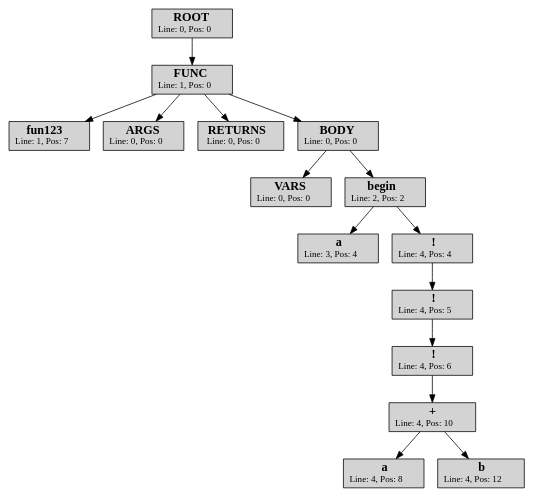
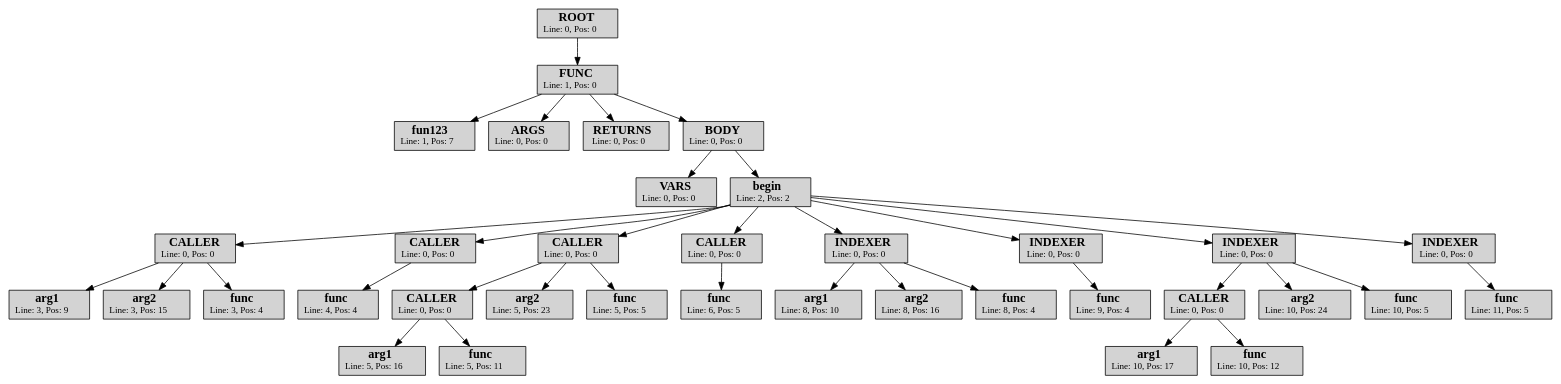
Before and after one commit to klephron/itmo: the diagram in Year-5/System-software/lab-1/io/output.dot, drawn with Graphviz. The commit also changed 3 other files, not shown here.

```diff
--- a/Year-5/System-software/lab-1/io/output.dot
+++ b/Year-5/System-software/lab-1/io/output.dot
@@ -1,32 +1,74 @@
 strict digraph AST{
 node [shape=rect, style=filled]
 id_1[label=< <FONT POINT-SIZE="16"><b>ROOT</b></FONT><br/><FONT POINT-SIZE="12">Line: 0, Pos: 0</FONT> >]
 id_2[label=< <FONT POINT-SIZE="16"><b>FUNC</b></FONT><br/><FONT POINT-SIZE="12">Line: 1, Pos: 0</FONT> >]
 id_3[label=< <FONT POINT-SIZE="16"><b>fun123</b></FONT><br/><FONT POINT-SIZE="12">Line: 1, Pos: 7</FONT> >]
 id_4[label=< <FONT POINT-SIZE="16"><b>ARGS</b></FONT><br/><FONT POINT-SIZE="12">Line: 0, Pos: 0</FONT> >]
 id_5[label=< <FONT POINT-SIZE="16"><b>RETURNS</b></FONT><br/><FONT POINT-SIZE="12">Line: 0, Pos: 0</FONT> >]
 id_6[label=< <FONT POINT-SIZE="16"><b>BODY</b></FONT><br/><FONT POINT-SIZE="12">Line: 0, Pos: 0</FONT> >]
 id_7[label=< <FONT POINT-SIZE="16"><b>VARS</b></FONT><br/><FONT POINT-SIZE="12">Line: 0, Pos: 0</FONT> >]
 id_8[label=< <FONT POINT-SIZE="16"><b>begin</b></FONT><br/><FONT POINT-SIZE="12">Line: 2, Pos: 2</FONT> >]
-id_9[label=< <FONT POINT-SIZE="16"><b>a</b></FONT><br/><FONT POINT-SIZE="12">Line: 3, Pos: 4</FONT> >]
-id_10[label=< <FONT POINT-SIZE="16"><b>!</b></FONT><br/><FONT POINT-SIZE="12">Line: 4, Pos: 4</FONT> >]
-id_11[label=< <FONT POINT-SIZE="16"><b>!</b></FONT><br/><FONT POINT-SIZE="12">Line: 4, Pos: 5</FONT> >]
-id_12[label=< <FONT POINT-SIZE="16"><b>!</b></FONT><br/><FONT POINT-SIZE="12">Line: 4, Pos: 6</FONT> >]
-id_13[label=< <FONT POINT-SIZE="16"><b>+</b></FONT><br/><FONT POINT-SIZE="12">Line: 4, Pos: 10</FONT> >]
-id_14[label=< <FONT POINT-SIZE="16"><b>a</b></FONT><br/><FONT POINT-SIZE="12">Line: 4, Pos: 8</FONT> >]
-id_15[label=< <FONT POINT-SIZE="16"><b>b</b></FONT><br/><FONT POINT-SIZE="12">Line: 4, Pos: 12</FONT> >]
+id_9[label=< <FONT POINT-SIZE="16"><b>CALLER</b></FONT><br/><FONT POINT-SIZE="12">Line: 0, Pos: 0</FONT> >]
+id_10[label=< <FONT POINT-SIZE="16"><b>arg1</b></FONT><br/><FONT POINT-SIZE="12">Line: 3, Pos: 9</FONT> >]
+id_11[label=< <FONT POINT-SIZE="16"><b>arg2</b></FONT><br/><FONT POINT-SIZE="12">Line: 3, Pos: 15</FONT> >]
+id_12[label=< <FONT POINT-SIZE="16"><b>func</b></FONT><br/><FONT POINT-SIZE="12">Line: 3, Pos: 4</FONT> >]
+id_13[label=< <FONT POINT-SIZE="16"><b>CALLER</b></FONT><br/><FONT POINT-SIZE="12">Line: 0, Pos: 0</FONT> >]
+id_14[label=< <FONT POINT-SIZE="16"><b>func</b></FONT><br/><FONT POINT-SIZE="12">Line: 4, Pos: 4</FONT> >]
+id_15[label=< <FONT POINT-SIZE="16"><b>CALLER</b></FONT><br/><FONT POINT-SIZE="12">Line: 0, Pos: 0</FONT> >]
+id_16[label=< <FONT POINT-SIZE="16"><b>CALLER</b></FONT><br/><FONT POINT-SIZE="12">Line: 0, Pos: 0</FONT> >]
+id_17[label=< <FONT POINT-SIZE="16"><b>arg1</b></FONT><br/><FONT POINT-SIZE="12">Line: 5, Pos: 16</FONT> >]
+id_18[label=< <FONT POINT-SIZE="16"><b>func</b></FONT><br/><FONT POINT-SIZE="12">Line: 5, Pos: 11</FONT> >]
+id_19[label=< <FONT POINT-SIZE="16"><b>arg2</b></FONT><br/><FONT POINT-SIZE="12">Line: 5, Pos: 23</FONT> >]
+id_20[label=< <FONT POINT-SIZE="16"><b>func</b></FONT><br/><FONT POINT-SIZE="12">Line: 5, Pos: 5</FONT> >]
+id_21[label=< <FONT POINT-SIZE="16"><b>CALLER</b></FONT><br/><FONT POINT-SIZE="12">Line: 0, Pos: 0</FONT> >]
+id_22[label=< <FONT POINT-SIZE="16"><b>func</b></FONT><br/><FONT POINT-SIZE="12">Line: 6, Pos: 5</FONT> >]
+id_23[label=< <FONT POINT-SIZE="16"><b>INDEXER</b></FONT><br/><FONT POINT-SIZE="12">Line: 0, Pos: 0</FONT> >]
+id_24[label=< <FONT POINT-SIZE="16"><b>arg1</b></FONT><br/><FONT POINT-SIZE="12">Line: 8, Pos: 10</FONT> >]
+id_25[label=< <FONT POINT-SIZE="16"><b>arg2</b></FONT><br/><FONT POINT-SIZE="12">Line: 8, Pos: 16</FONT> >]
+id_26[label=< <FONT POINT-SIZE="16"><b>func</b></FONT><br/><FONT POINT-SIZE="12">Line: 8, Pos: 4</FONT> >]
+id_27[label=< <FONT POINT-SIZE="16"><b>INDEXER</b></FONT><br/><FONT POINT-SIZE="12">Line: 0, Pos: 0</FONT> >]
+id_28[label=< <FONT POINT-SIZE="16"><b>func</b></FONT><br/><FONT POINT-SIZE="12">Line: 9, Pos: 4</FONT> >]
+id_29[label=< <FONT POINT-SIZE="16"><b>INDEXER</b></FONT><br/><FONT POINT-SIZE="12">Line: 0, Pos: 0</FONT> >]
+id_30[label=< <FONT POINT-SIZE="16"><b>CALLER</b></FONT><br/><FONT POINT-SIZE="12">Line: 0, Pos: 0</FONT> >]
+id_31[label=< <FONT POINT-SIZE="16"><b>arg1</b></FONT><br/><FONT POINT-SIZE="12">Line: 10, Pos: 17</FONT> >]
+id_32[label=< <FONT POINT-SIZE="16"><b>func</b></FONT><br/><FONT POINT-SIZE="12">Line: 10, Pos: 12</FONT> >]
+id_33[label=< <FONT POINT-SIZE="16"><b>arg2</b></FONT><br/><FONT POINT-SIZE="12">Line: 10, Pos: 24</FONT> >]
+id_34[label=< <FONT POINT-SIZE="16"><b>func</b></FONT><br/><FONT POINT-SIZE="12">Line: 10, Pos: 5</FONT> >]
+id_35[label=< <FONT POINT-SIZE="16"><b>INDEXER</b></FONT><br/><FONT POINT-SIZE="12">Line: 0, Pos: 0</FONT> >]
+id_36[label=< <FONT POINT-SIZE="16"><b>func</b></FONT><br/><FONT POINT-SIZE="12">Line: 11, Pos: 5</FONT> >]
 id_2 -> id_3
 id_2 -> id_4
 id_2 -> id_5
 id_6 -> id_7
+id_9 -> id_10
+id_9 -> id_11
+id_9 -> id_12
 id_8 -> id_9
 id_13 -> id_14
-id_13 -> id_15
-id_12 -> id_13
-id_11 -> id_12
-id_10 -> id_11
-id_8 -> id_10
+id_8 -> id_13
+id_16 -> id_17
+id_16 -> id_18
+id_15 -> id_16
+id_15 -> id_19
+id_15 -> id_20
+id_8 -> id_15
+id_21 -> id_22
+id_8 -> id_21
+id_23 -> id_24
+id_23 -> id_25
+id_23 -> id_26
+id_8 -> id_23
+id_27 -> id_28
+id_8 -> id_27
+id_30 -> id_31
+id_30 -> id_32
+id_29 -> id_30
+id_29 -> id_33
+id_29 -> id_34
+id_8 -> id_29
+id_35 -> id_36
+id_8 -> id_35
 id_6 -> id_8
 id_2 -> id_6
 id_1 -> id_2
 }
```
